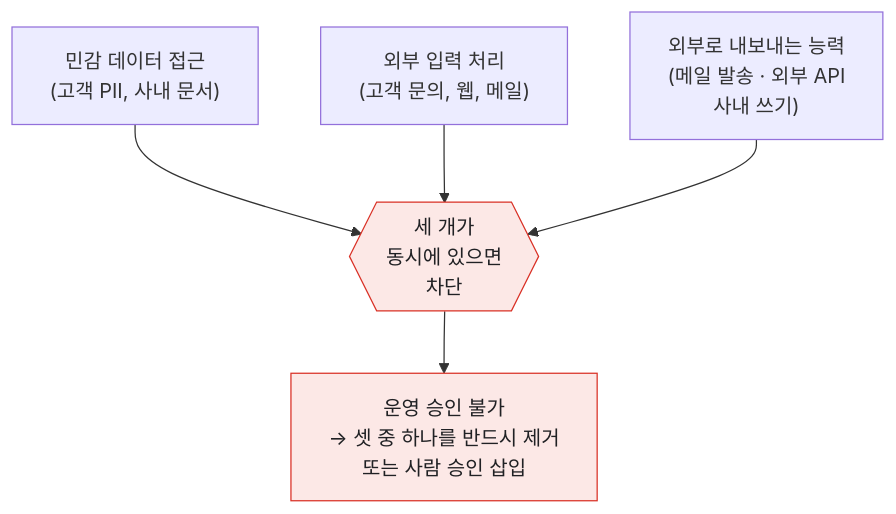
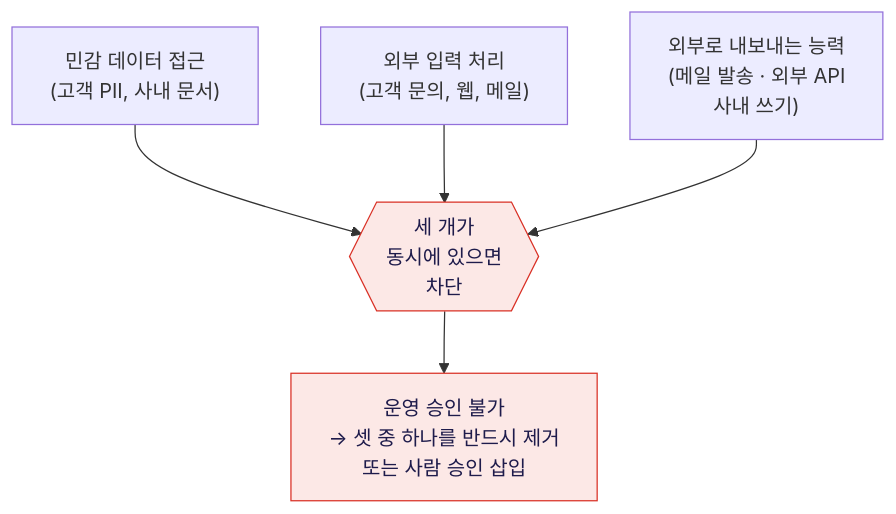
The diagram in agent-platform/deck/diagrams/s_trifecta.mmd (cyrano2011/pma-web), drawn with Mermaid before and after one commit. The commit also changed 12 other files, not shown here.

```diff
--- a/agent-platform/deck/diagrams/s_trifecta.mmd
+++ b/agent-platform/deck/diagrams/s_trifecta.mmd
@@ -1,8 +1,8 @@
 flowchart TD
     A["민감 데이터 접근<br/>(고객 PII, 사내 문서)"] --> X{{"세 개가<br/>동시에 있으면<br/>차단"}}
     B["외부 입력 처리<br/>(고객 문의, 웹, 메일)"] --> X
     C["외부로 내보내는 능력<br/>(메일 발송 · 외부 API<br/>사내 쓰기)"] --> X
     X --> D["운영 승인 불가<br/>→ 셋 중 하나를 반드시 제거<br/>또는 사람 승인 삽입"]
 
-    style X fill:#fce8e6,stroke:#d93025,color:#202124
-    style D fill:#fce8e6,stroke:#d93025,color:#202124
+    style X fill:#fce8e6,stroke:#d93025,color:#1E1B4B
+    style D fill:#fce8e6,stroke:#d93025,color:#1E1B4B
```
